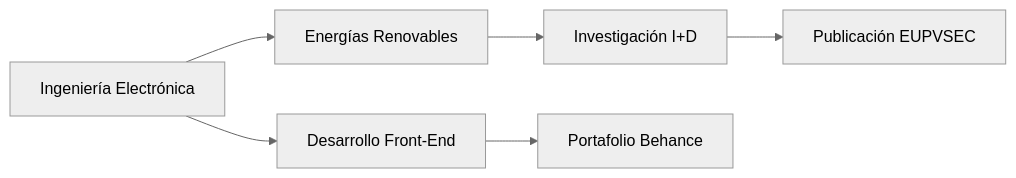
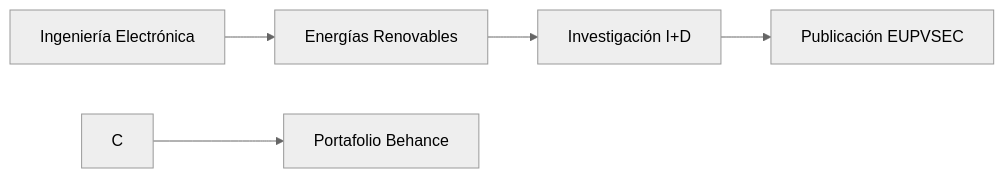
One commit to LeenahJz/LeenahJz changed the diagram in README.md. Above: the diagram before and after it, drawn with Mermaid (neutral theme).

````diff
--- a/README.md
+++ b/README.md
@@ -12,8 +12,7 @@
   ```mermaid
   graph LR
     A[Ingeniería Electrónica] --> B[Energías Renovables]
-    A --> C[Desarrollo Front-End]
     B --> D[Investigación I+D]
     C --> E[Portafolio Behance]
     D --> F[Publicación EUPVSEC]
 ```
````
